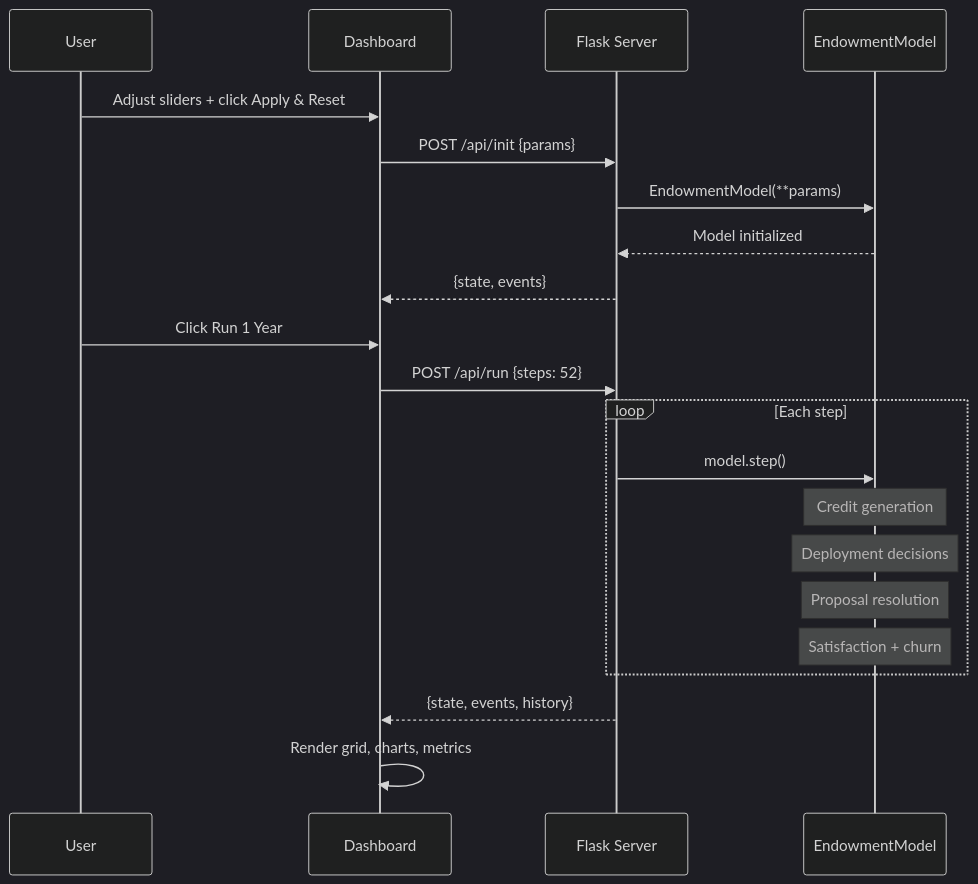
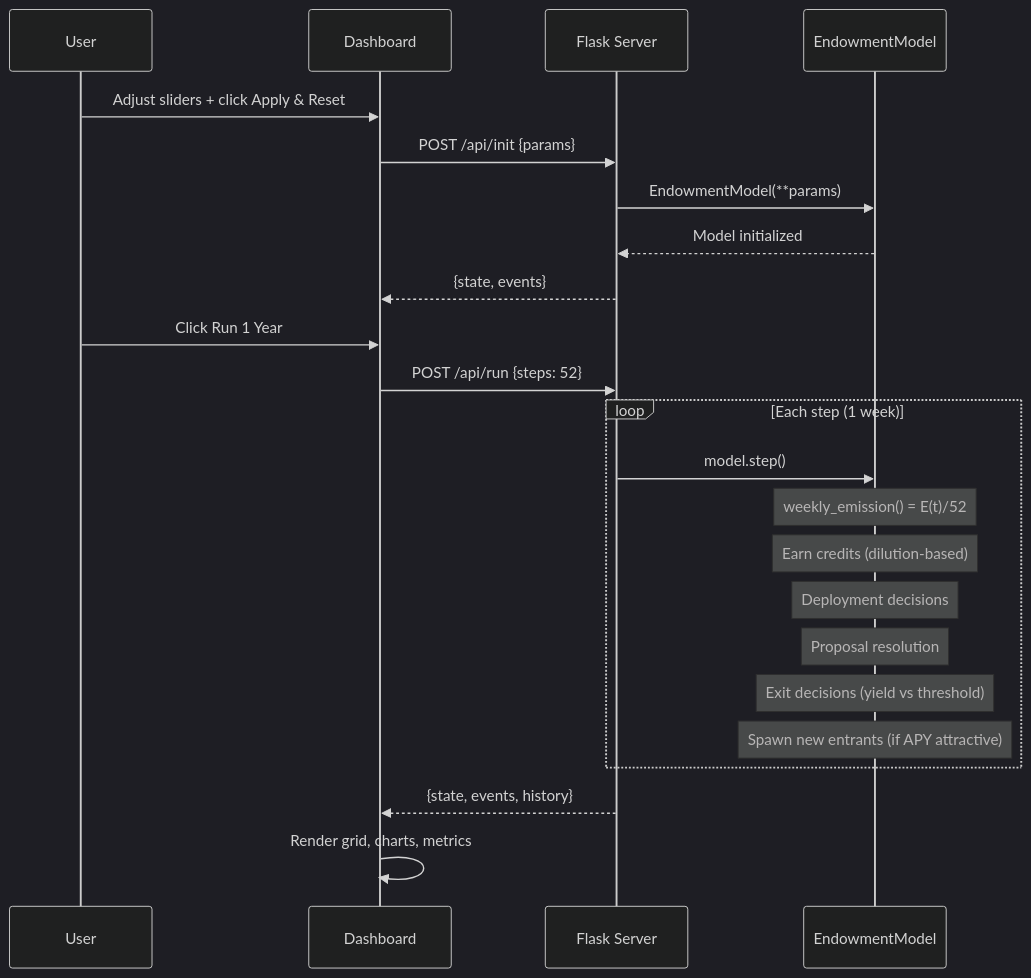
The second of 13 diagrams in ARCHITECTURE.md (rsthornton/rsc-endowment-abm), drawn with Mermaid (dark theme) before and after one commit. The commit also changed other lines of this file and 13 other files, not shown here.

````diff
--- a/ARCHITECTURE.md
+++ b/ARCHITECTURE.md
@@ -35,25 +35,27 @@
 ```mermaid
 sequenceDiagram
     participant U as User
     participant D as Dashboard
     participant S as Flask Server
     participant M as EndowmentModel
 
     U->>D: Adjust sliders + click Apply & Reset
     D->>S: POST /api/init {params}
     S->>M: EndowmentModel(**params)
     M-->>S: Model initialized
     S-->>D: {state, events}
 
     U->>D: Click Run 1 Year
     D->>S: POST /api/run {steps: 52}
-    loop Each step
+    loop Each step (1 week)
         S->>M: model.step()
-        Note over M: Credit generation
+        Note over M: weekly_emission() = E(t)/52
+        Note over M: Earn credits (dilution-based)
         Note over M: Deployment decisions
         Note over M: Proposal resolution
-        Note over M: Satisfaction + churn
+        Note over M: Exit decisions (yield vs threshold)
+        Note over M: Spawn new entrants (if APY attractive)
     end
     S-->>D: {state, events, history}
     D->>D: Render grid, charts, metrics
 ```
````
